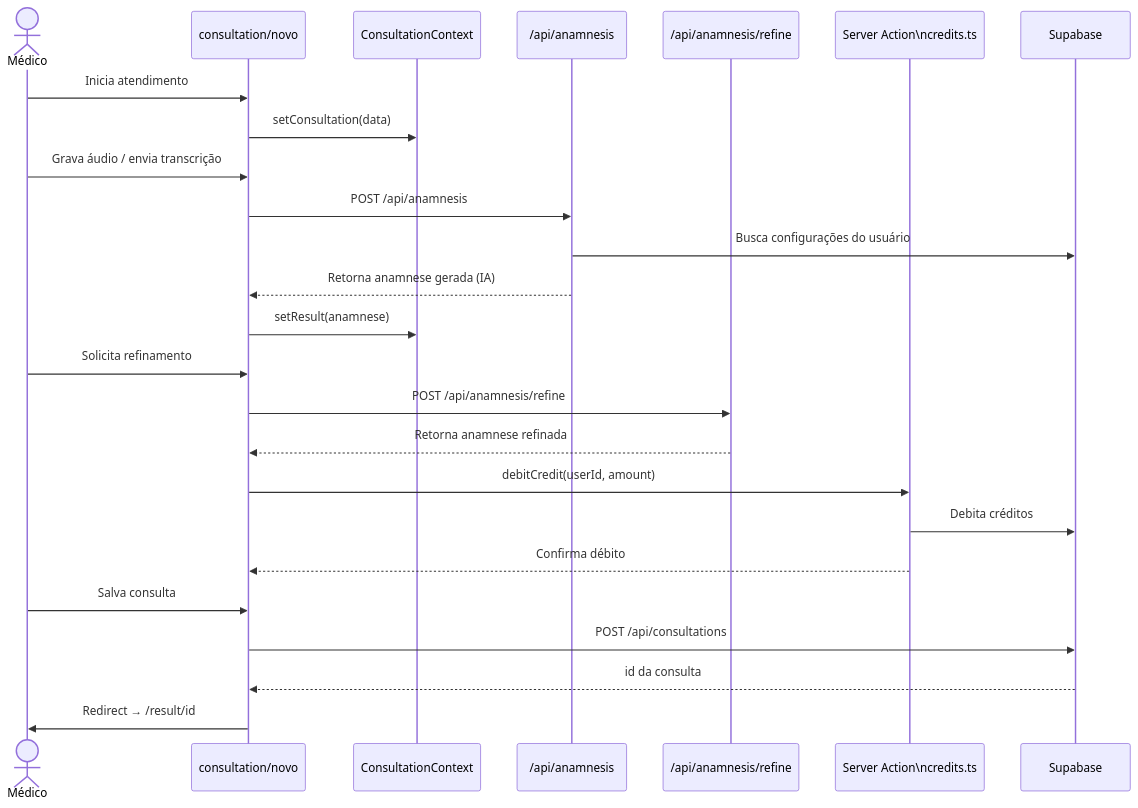
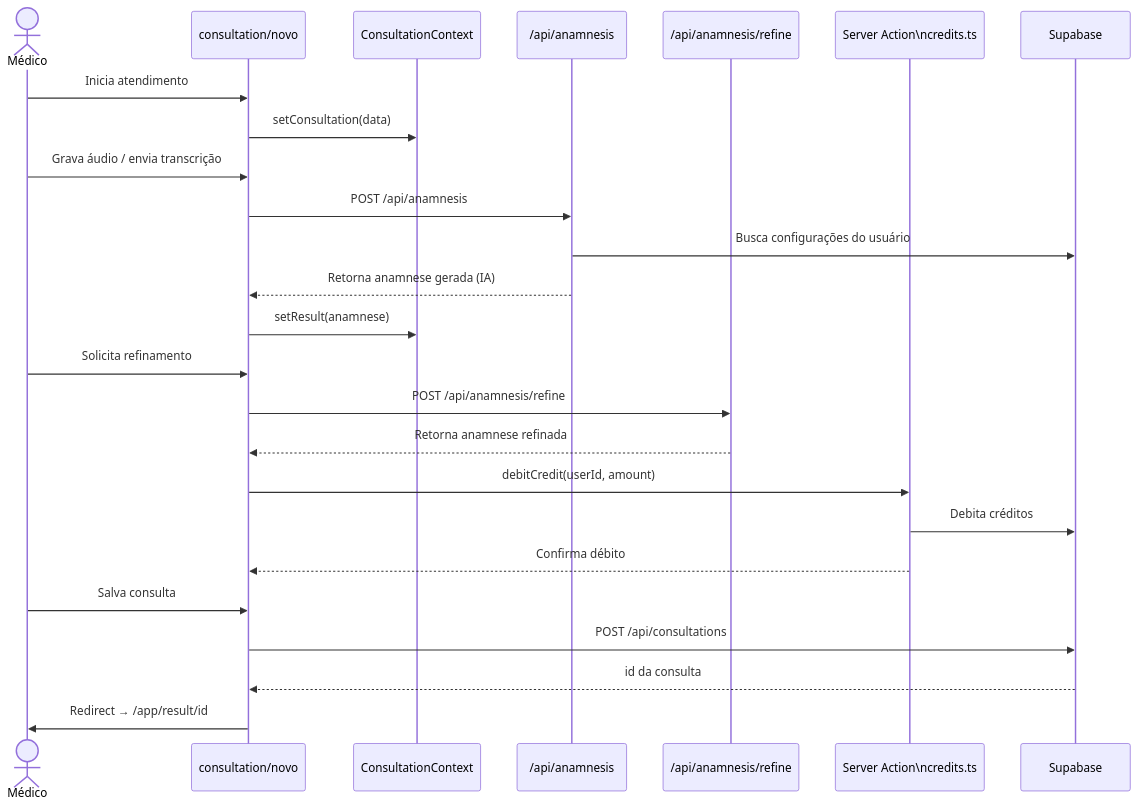
Before and after one commit to Startiatech/anamnsese-ia: the third of 12 diagrams in docs/architecture.md, drawn with Mermaid. The commit also changed other lines of this file and 53 other files, not shown here.

````diff
--- a/docs/architecture.md
+++ b/docs/architecture.md
@@ -67,31 +67,31 @@
 ```mermaid
 sequenceDiagram
     actor Médico
     participant UI as consultation/novo
     participant CTX as ConsultationContext
     participant API as /api/anamnesis
     participant REFINE as /api/anamnesis/refine
     participant SA as Server Action\ncredits.ts
     participant DB as Supabase
 
     Médico->>UI: Inicia atendimento
     UI->>CTX: setConsultation(data)
     Médico->>UI: Grava áudio / envia transcrição
     UI->>API: POST /api/anamnesis
     API->>DB: Busca configurações do usuário
     API-->>UI: Retorna anamnese gerada (IA)
     UI->>CTX: setResult(anamnese)
 
     Médico->>UI: Solicita refinamento
     UI->>REFINE: POST /api/anamnesis/refine
     REFINE-->>UI: Retorna anamnese refinada
 
     UI->>SA: debitCredit(userId, amount)
     SA->>DB: Debita créditos
     SA-->>UI: Confirma débito
 
     Médico->>UI: Salva consulta
     UI->>DB: POST /api/consultations
     DB-->>UI: id da consulta
-    UI->>Médico: Redirect → /result/id
+    UI->>Médico: Redirect → /app/result/id
 ```
````
